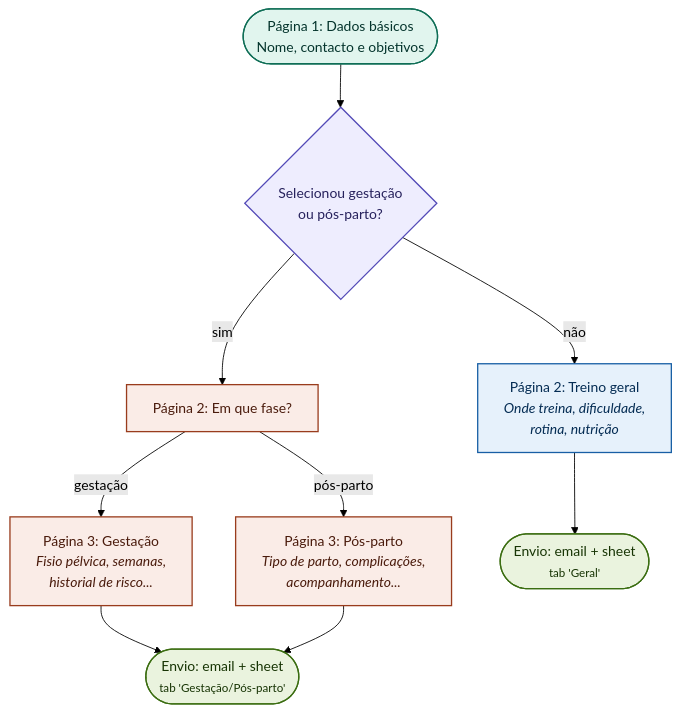
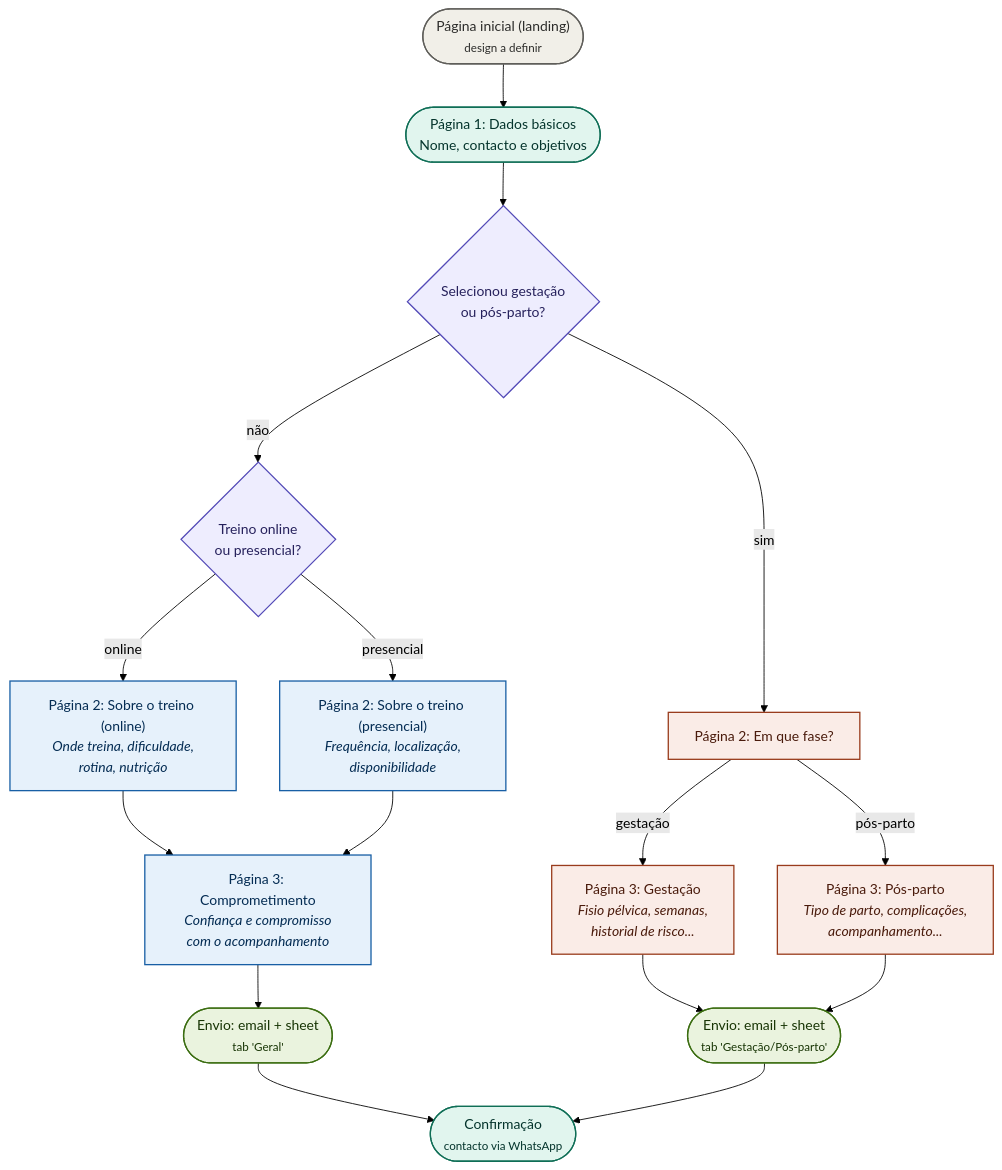
One commit to C2M2-Mobile-Minds/ignite-individual-coaching-web changed the first of 3 diagrams in README.md. Above: the diagram before and after it, drawn with Mermaid (forest theme). The commit also changed other lines of this file, not shown here.

````diff
--- a/README.md
+++ b/README.md
@@ -67,26 +67,37 @@
 ```mermaid
 flowchart TD
-    A(["Página 1: Dados básicos<br/>Nome, contacto e objetivos"]) --> B{"Selecionou gestação<br/>ou pós-parto?"}
-
-    B -- não --> C["Página 2: Treino geral<br/><i>Onde treina, dificuldade,<br/>rotina, nutrição</i>"]
+    L(["Página inicial (landing)<br/><small>design a definir</small>"]) --> A(["Página 1: Dados básicos<br/>Nome, contacto e objetivos"])
+    A --> B{"Selecionou gestação<br/>ou pós-parto?"}
+ 
+    B -- não --> M{"Treino online<br/>ou presencial?"}
+    M -- online --> C1["Página 2: Sobre o treino (online)<br/><i>Onde treina, dificuldade,<br/>rotina, nutrição</i>"]
+    M -- presencial --> C2["Página 2: Sobre o treino (presencial)<br/><i>Frequência, localização,<br/>disponibilidade</i>"]
+    C1 --> C3["Página 3: Comprometimento<br/><i>Confiança e compromisso<br/>com o acompanhamento</i>"]
+    C2 --> C3
     B -- sim --> D["Página 2: Em que fase?"]
-
+ 
     D -- gestação --> F["Página 3: Gestação<br/><i>Fisio pélvica, semanas,<br/>historial de risco...</i>"]
     D -- pós-parto --> G["Página 3: Pós-parto<br/><i>Tipo de parto, complicações,<br/>acompanhamento...</i>"]
-
-    C --> E(["Envio: email + sheet<br/><small>tab 'Geral'</small>"])
+ 
+    C3 --> E(["Envio: email + sheet<br/><small>tab 'Geral'</small>"])
     F --> H(["Envio: email + sheet<br/><small>tab 'Gestação/Pós-parto'</small>"])
     G --> H
-
+ 
+    E --> K(["Confirmação<br/><small>contacto via WhatsApp</small>"])
+    H --> K
+ 
+    classDef landing fill:#F1EFE8,stroke:#5F5E5A,stroke-width:1.5px,color:#2C2C2A
     classDef start fill:#E1F5EE,stroke:#0F6E56,stroke-width:1.5px,color:#04342C
     classDef decision fill:#EEEDFE,stroke:#534AB7,stroke-width:1.5px,color:#26215C
     classDef general fill:#E6F1FB,stroke:#185FA5,stroke-width:1.5px,color:#042C53
     classDef pregnancy fill:#FAECE7,stroke:#993C1D,stroke-width:1.5px,color:#4A1B0C
     classDef finish fill:#EAF3DE,stroke:#3B6D11,stroke-width:1.5px,color:#173404
-
+ 
+    class L landing
     class A start
-    class B decision
-    class C general
+    class B,M decision
+    class C1,C2,C3 general
     class D,F,G pregnancy
     class E,H finish
+    class K start
 ```
````
